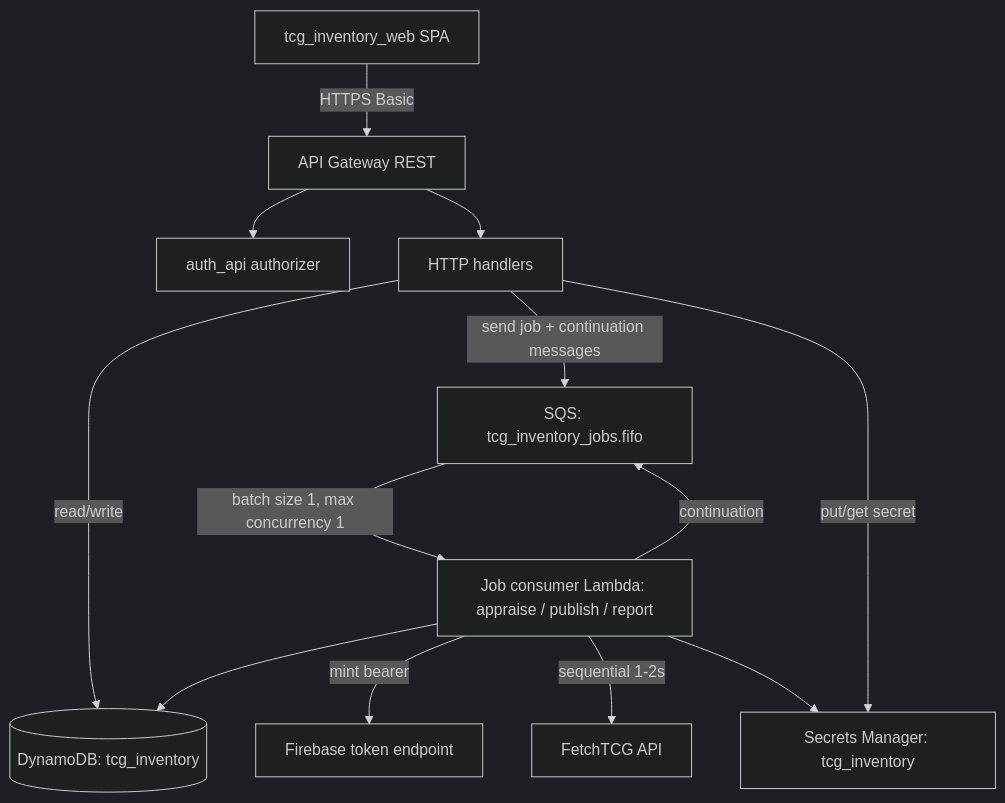
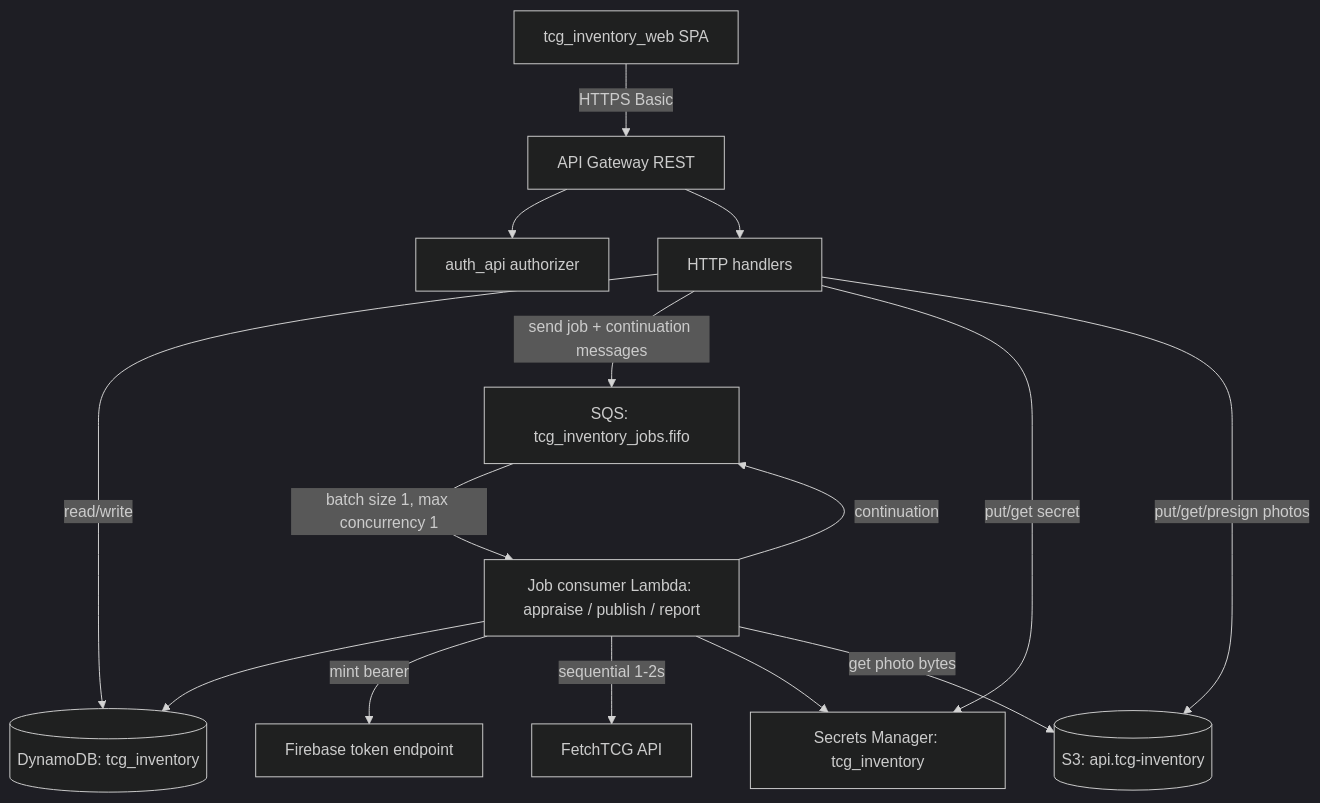
The first of 2 diagrams in tcg_inventory_api/README.md (jordansimsmith/jordansimsmith-com), drawn with Mermaid (dark theme) before and after one commit. The commit also changed other lines of this file and 1 other file, not shown here.

Commit message:
Add listing photos specification for high-value cards

````diff
--- a/tcg_inventory_api/README.md
+++ b/tcg_inventory_api/README.md
@@ -49,15 +52,17 @@
 ```mermaid
 flowchart TD
   web[tcg_inventory_web SPA] -->|HTTPS Basic| apigw[API Gateway REST]
   apigw --> authz[auth_api authorizer]
   apigw --> http[HTTP handlers]
   http -->|read/write| ddb[(DynamoDB: tcg_inventory)]
   http -->|send job + continuation messages| sqs[SQS: tcg_inventory_jobs.fifo]
   sqs -->|batch size 1, max concurrency 1| jobs[Job consumer Lambda: appraise / publish / report]
   jobs --> ddb
   jobs -->|continuation| sqs
   jobs -->|mint bearer| firebase[Firebase token endpoint]
   jobs -->|sequential 1-2s| fetchtcg[FetchTCG API]
   http -->|put/get secret| secrets[Secrets Manager: tcg_inventory]
   jobs --> secrets
+  http -->|put/get/presign photos| s3[(S3: api.tcg-inventory)]
+  jobs -->|get photo bytes| s3
 ```
````
